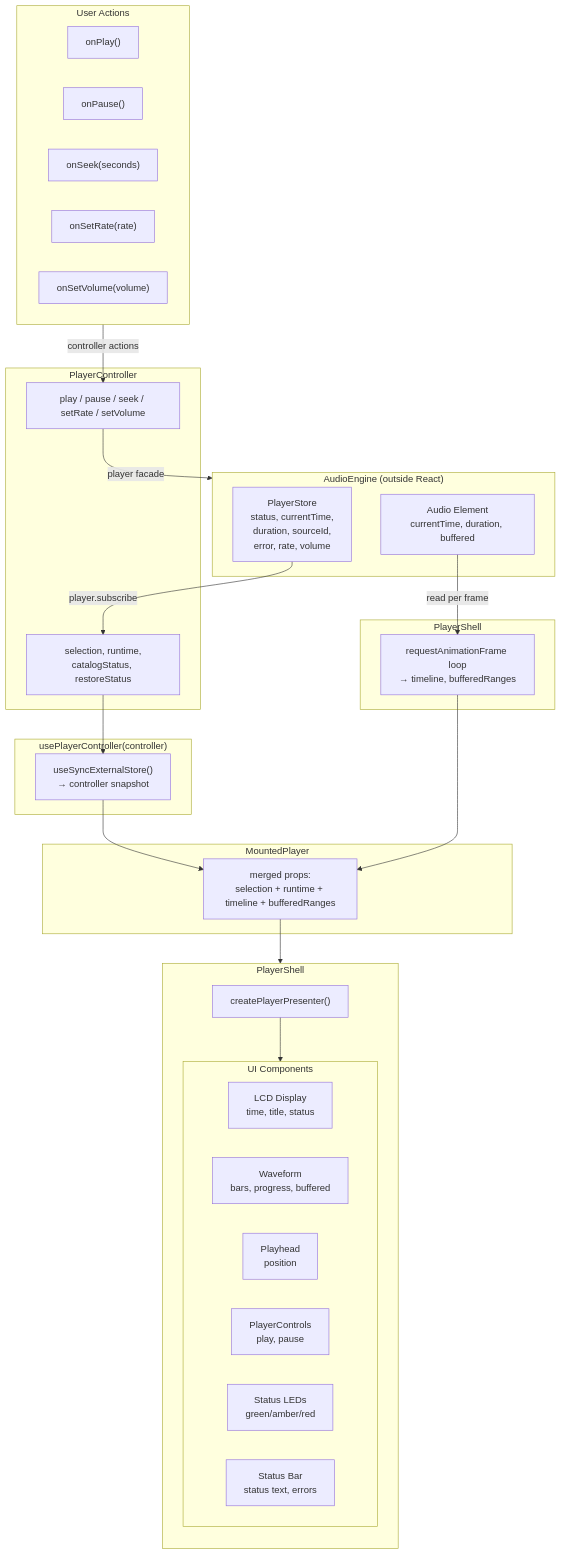
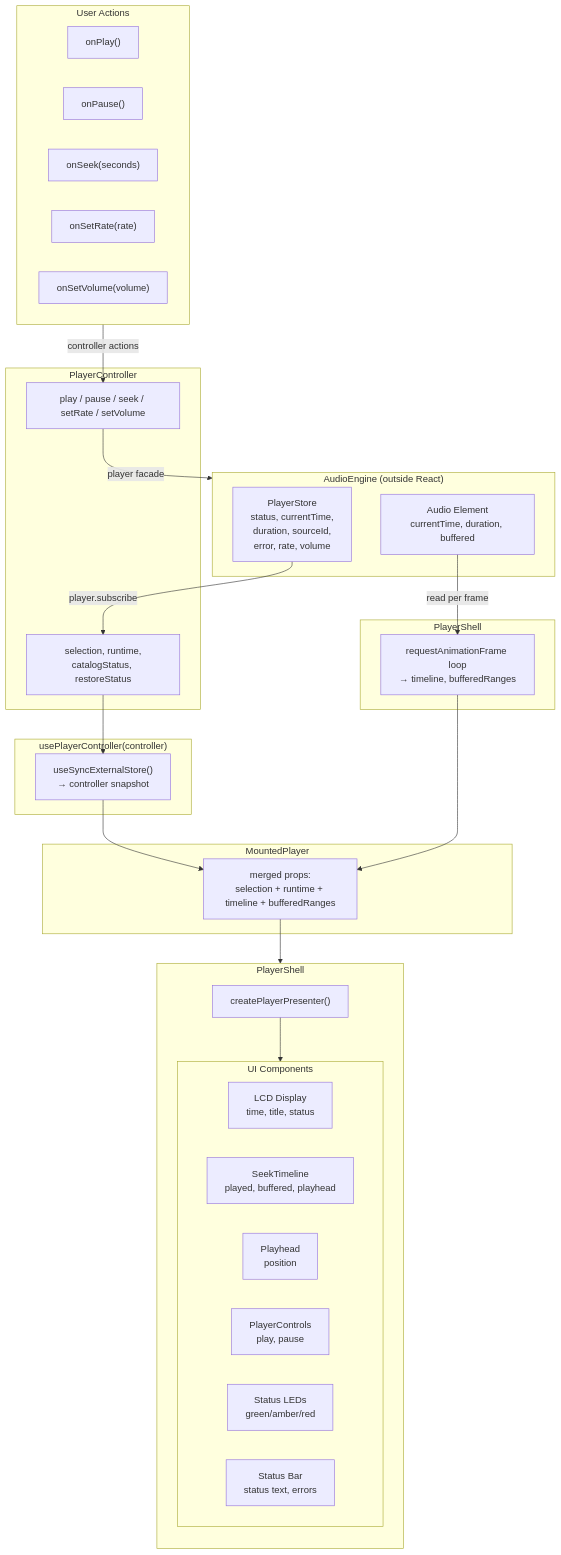
Before and after one commit to kalynbeach/kkb: the fourth of 5 diagrams in docs/diagrams/2026-03-10-web-audio-player-flows.md, drawn with Mermaid. The commit also changed other lines of this file and 34 other files, not shown here.

First line of the commit message:
feat(ui): replace waveform with seek timeline (#37)

````diff
--- a/docs/diagrams/2026-03-10-web-audio-player-flows.md
+++ b/docs/diagrams/2026-03-10-web-audio-player-flows.md
@@ -143,55 +143,55 @@
 ```mermaid
 flowchart TB
     subgraph Engine["AudioEngine (outside React)"]
         Store["PlayerStore<br/>status, currentTime,<br/>duration, sourceId,<br/>error, rate, volume"]
         AE["Audio Element<br/>currentTime, duration, buffered"]
     end
 
     subgraph Controller["PlayerController"]
         SNAP["selection, runtime,<br/>catalogStatus, restoreStatus"]
         ACT["play / pause / seek / setRate / setVolume"]
     end
 
     subgraph Hook["usePlayerController(controller)"]
         USES["useSyncExternalStore()<br/>→ controller snapshot"]
     end
 
     subgraph ShellLoop["PlayerShell"]
         RAF["requestAnimationFrame loop<br/>→ timeline, bufferedRanges"]
     end
 
     subgraph Client["MountedPlayer"]
         Props["merged props:<br/>selection + runtime + timeline + bufferedRanges"]
     end
 
     subgraph Shell["PlayerShell"]
         direction TB
         P["createPlayerPresenter()"]
         subgraph Views["UI Components"]
             LCD["LCD Display<br/>time, title, status"]
-            WF["Waveform<br/>bars, progress, buffered"]
+            WF["SeekTimeline<br/>played, buffered, playhead"]
             PH["Playhead<br/>position"]
             CTL["PlayerControls<br/>play, pause"]
             LED["Status LEDs<br/>green/amber/red"]
             SB["Status Bar<br/>status text, errors"]
         end
         P --> Views
     end
 
     subgraph Actions["User Actions"]
         Play["onPlay()"]
         Pause["onPause()"]
         Seek["onSeek(seconds)"]
         Rate["onSetRate(rate)"]
         Volume["onSetVolume(volume)"]
     end
 
     Store -->|"player.subscribe"| SNAP
     SNAP --> USES
     AE -->|"read per frame"| RAF
     USES --> Props
     RAF --> Props
     Props --> Shell
     Actions -->|"controller actions"| ACT
     ACT -->|"player facade"| Engine
 ```
````
